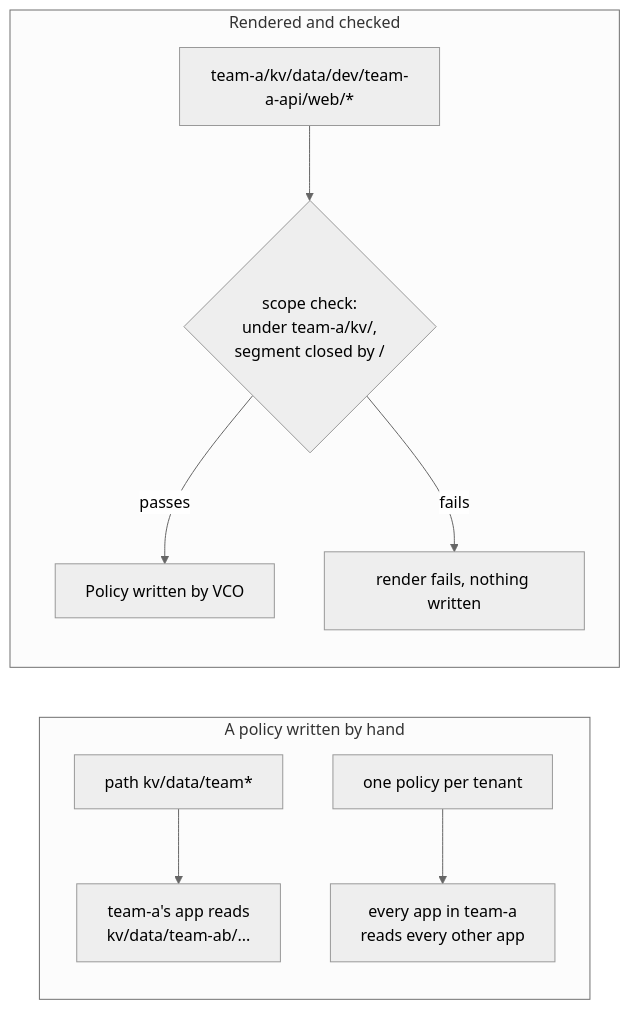
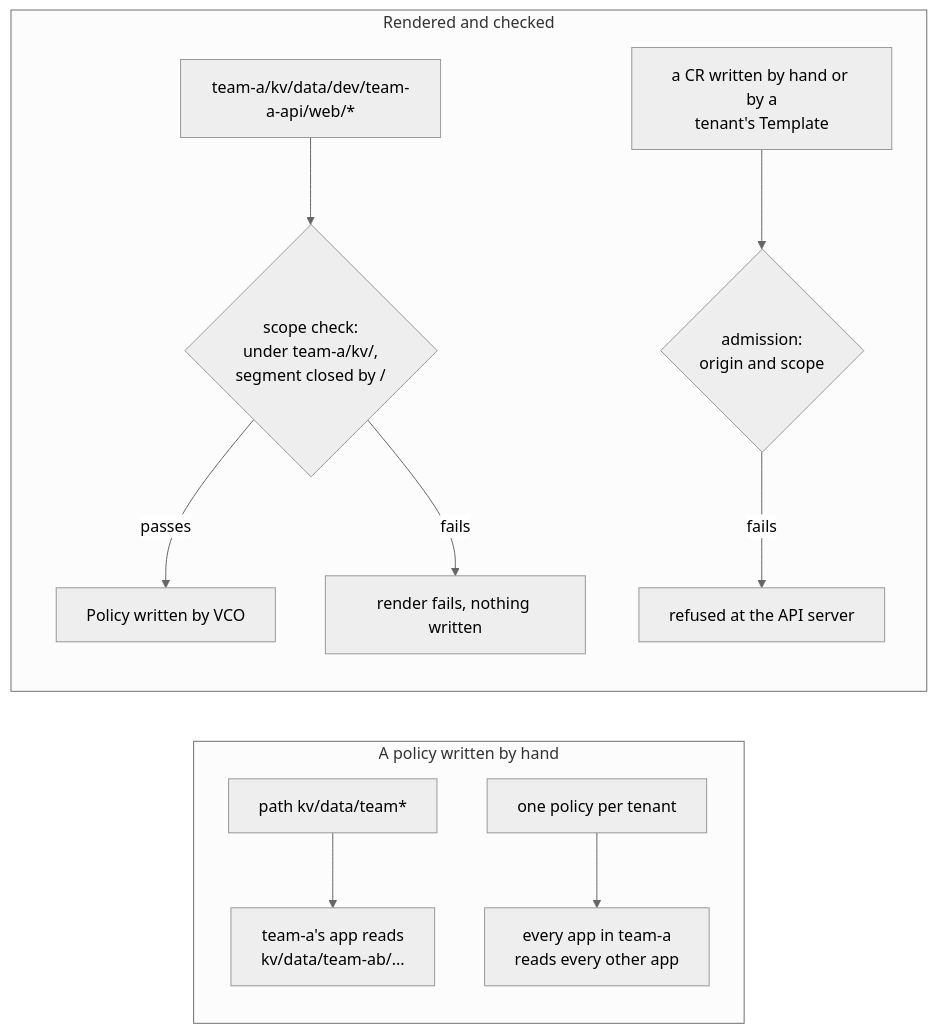
One commit to stakater/mto-extension-vault-community changed the sixth of 6 diagrams in docs/diagrams.md. Above: the diagram before and after it, drawn with Mermaid (neutral theme). The commit also changed other lines of this file and 77 other files, not shown here.

````diff
--- a/docs/diagrams.md
+++ b/docs/diagrams.md
@@ -136,12 +142,14 @@
 ```mermaid
 flowchart LR
   subgraph Bad[A policy written by hand]
     W[path kv/data/team*] --> L1[team-a's app reads<br/>kv/data/team-ab/...]
     T[one policy per tenant] --> L2[every app in team-a<br/>reads every other app]
   end
   subgraph Good[Rendered and checked]
     R[team-a/kv/data/dev/team-a-api/web/*] --> C{scope check:<br/>under team-a/kv/,<br/>segment closed by /}
     C -->|passes| OK[Policy written by VCO]
     C -->|fails| X[render fails, nothing written]
+    H[a CR written by hand or by a<br/>tenant's Template] --> A{admission:<br/>origin and scope}
+    A -->|fails| X2[refused at the API server]
   end
 ```
````
